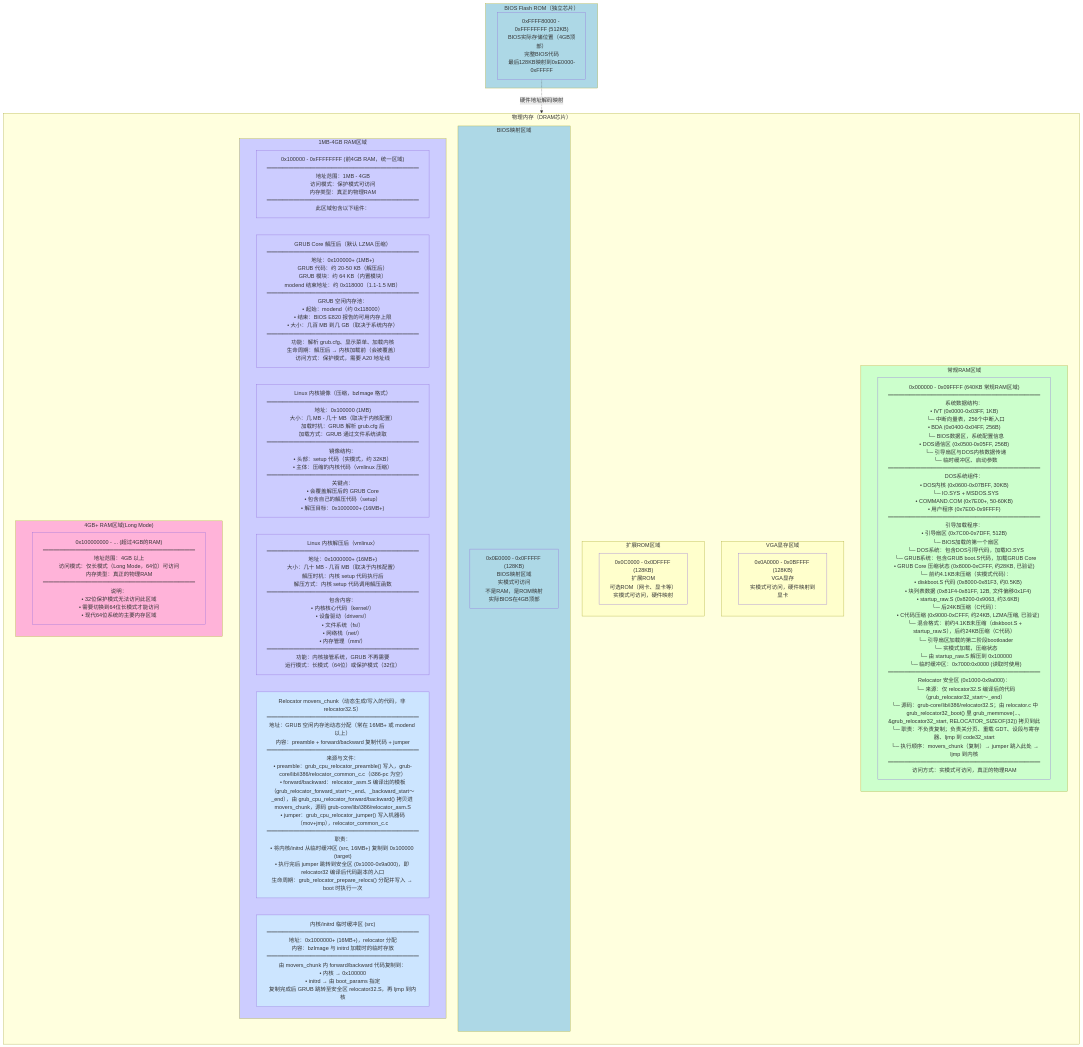
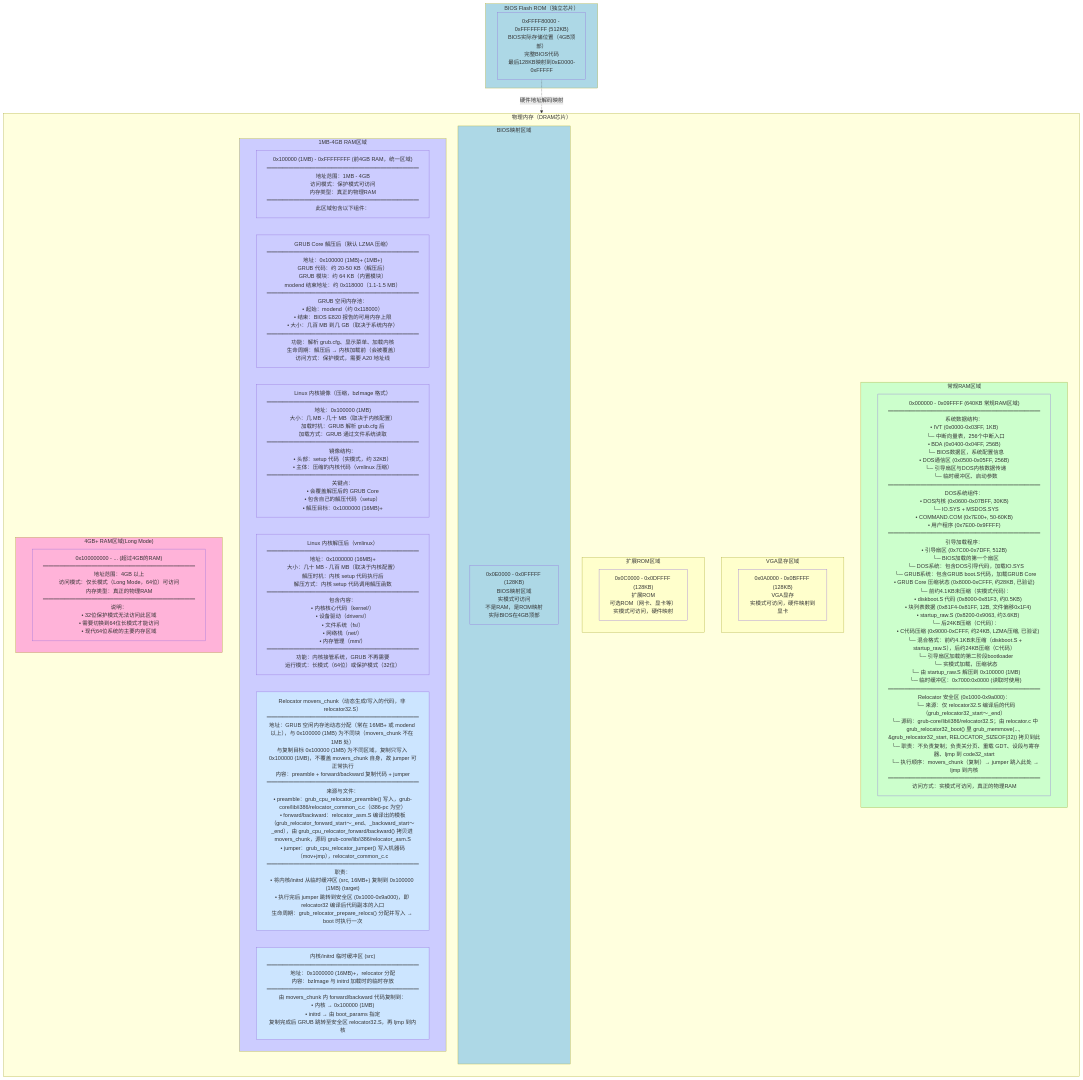
One commit to liweinan/bootimage-example changed the diagram in BIOS_MEMORY_LAYOUT.md. Above: the diagram before and after it, drawn with Mermaid. The commit also changed other lines of this file and 2 other files, not shown here.

First line of the commit message:
docs: relocator 文档澄清 movers_chunk 与 0x100000 为不同区域

````diff
--- a/BIOS_MEMORY_LAYOUT.md
+++ b/BIOS_MEMORY_LAYOUT.md
@@ -287,61 +287,61 @@
    ```mermaid
    flowchart TB
        subgraph DRAM["物理内存（DRAM芯片）"]
            direction TB
            
            subgraph Low640KB["常规RAM区域"]
-               LowRAM["0x000000 - 0x09FFFF (640KB 常规RAM区域)<br/>━━━━━━━━━━━━━━━━━━━━━━━━━━━━<br/>系统数据结构：<br/>• IVT (0x0000-0x03FF, 1KB)<br/>  └─ 中断向量表，256个中断入口<br/>• BDA (0x0400-0x04FF, 256B)<br/>  └─ BIOS数据区，系统配置信息<br/>• DOS通信区 (0x0500-0x05FF, 256B)<br/>  └─ 引导扇区与DOS内核数据传递<br/>  └─ 临时缓冲区、启动参数<br/>━━━━━━━━━━━━━━━━━━━━━━━━━━━━<br/>DOS系统组件：<br/>• DOS内核 (0x0600-0x07BFF, 30KB)<br/>  └─ IO.SYS + MSDOS.SYS<br/>• COMMAND.COM (0x7E00+, 50-60KB)<br/>• 用户程序 (0x7E00-0x9FFFF)<br/>━━━━━━━━━━━━━━━━━━━━━━━━━━━━<br/>引导加载程序：<br/>• 引导扇区 (0x7C00-0x7DFF, 512B)<br/>  └─ BIOS加载的第一个扇区<br/>  └─ DOS系统：包含DOS引导代码，加载IO.SYS<br/>  └─ GRUB系统：包含GRUB boot.S代码，加载GRUB Core<br/>• GRUB Core 压缩状态 (0x8000-0xCFFF, 约28KB, 已验证)<br/>  └─ 前约4.1KB未压缩（实模式代码）：<br/>     • diskboot.S 代码 (0x8000-0x81F3, 约0.5KB)<br/>     • 块列表数据 (0x81F4-0x81FF, 12B, 文件偏移0x1F4)<br/>     • startup_raw.S (0x8200-0x9063, 约3.6KB)<br/>  └─ 后24KB压缩（C代码）：<br/>     • C代码压缩 (0x9000-0xCFFF, 约24KB, LZMA压缩, 已验证)<br/>  └─ 混合格式：前约4.1KB未压缩（diskboot.S + startup_raw.S），后约24KB压缩（C代码）<br/>  └─ 引导扇区加载的第二阶段bootloader<br/>  └─ 实模式加载，压缩状态<br/>  └─ 由 startup_raw.S 解压到 0x100000<br/>  └─ 临时缓冲区：0x7000:0x0000 (读取时使用)<br/>━━━━━━━━━━━━━━━━━━━━━━━━━━━━<br/>Relocator 安全区 (0x1000-0x9a000)：<br/>  └─ 来源：仅 relocator32.S 编译后的代码（grub_relocator32_start～_end）<br/>  └─ 源码：grub-core/lib/i386/relocator32.S；由 relocator.c 中 grub_relocator32_boot() 里 grub_memmove(..., &grub_relocator32_start, RELOCATOR_SIZEOF(32)) 拷贝到此<br/>  └─ 职责：不负责复制；负责关分页、重载 GDT、设段与寄存器、ljmp 到 code32_start<br/>  └─ 执行顺序：movers_chunk（复制）→ jumper 跳入此处 → ljmp 到内核<br/>━━━━━━━━━━━━━━━━━━━━━━━━━━━━<br/>访问方式：实模式可访问，真正的物理RAM"]
+               LowRAM["0x000000 - 0x09FFFF (640KB 常规RAM区域)<br/>━━━━━━━━━━━━━━━━━━━━━━━━━━━━<br/>系统数据结构：<br/>• IVT (0x0000-0x03FF, 1KB)<br/>  └─ 中断向量表，256个中断入口<br/>• BDA (0x0400-0x04FF, 256B)<br/>  └─ BIOS数据区，系统配置信息<br/>• DOS通信区 (0x0500-0x05FF, 256B)<br/>  └─ 引导扇区与DOS内核数据传递<br/>  └─ 临时缓冲区、启动参数<br/>━━━━━━━━━━━━━━━━━━━━━━━━━━━━<br/>DOS系统组件：<br/>• DOS内核 (0x0600-0x07BFF, 30KB)<br/>  └─ IO.SYS + MSDOS.SYS<br/>• COMMAND.COM (0x7E00+, 50-60KB)<br/>• 用户程序 (0x7E00-0x9FFFF)<br/>━━━━━━━━━━━━━━━━━━━━━━━━━━━━<br/>引导加载程序：<br/>• 引导扇区 (0x7C00-0x7DFF, 512B)<br/>  └─ BIOS加载的第一个扇区<br/>  └─ DOS系统：包含DOS引导代码，加载IO.SYS<br/>  └─ GRUB系统：包含GRUB boot.S代码，加载GRUB Core<br/>• GRUB Core 压缩状态 (0x8000-0xCFFF, 约28KB, 已验证)<br/>  └─ 前约4.1KB未压缩（实模式代码）：<br/>     • diskboot.S 代码 (0x8000-0x81F3, 约0.5KB)<br/>     • 块列表数据 (0x81F4-0x81FF, 12B, 文件偏移0x1F4)<br/>     • startup_raw.S (0x8200-0x9063, 约3.6KB)<br/>  └─ 后24KB压缩（C代码）：<br/>     • C代码压缩 (0x9000-0xCFFF, 约24KB, LZMA压缩, 已验证)<br/>  └─ 混合格式：前约4.1KB未压缩（diskboot.S + startup_raw.S），后约24KB压缩（C代码）<br/>  └─ 引导扇区加载的第二阶段bootloader<br/>  └─ 实模式加载，压缩状态<br/>  └─ 由 startup_raw.S 解压到 0x100000 (1MB)<br/>  └─ 临时缓冲区：0x7000:0x0000 (读取时使用)<br/>━━━━━━━━━━━━━━━━━━━━━━━━━━━━<br/>Relocator 安全区 (0x1000-0x9a000)：<br/>  └─ 来源：仅 relocator32.S 编译后的代码（grub_relocator32_start～_end）<br/>  └─ 源码：grub-core/lib/i386/relocator32.S；由 relocator.c 中 grub_relocator32_boot() 里 grub_memmove(..., &grub_relocator32_start, RELOCATOR_SIZEOF(32)) 拷贝到此<br/>  └─ 职责：不负责复制；负责关分页、重载 GDT、设段与寄存器、ljmp 到 code32_start<br/>  └─ 执行顺序：movers_chunk（复制）→ jumper 跳入此处 → ljmp 到内核<br/>━━━━━━━━━━━━━━━━━━━━━━━━━━━━<br/>访问方式：实模式可访问，真正的物理RAM"]
            end
            
            subgraph VGARAM["VGA显存区域"]
                VGAMem["0x0A0000 - 0x0BFFFF (128KB)<br/>VGA显存<br/>实模式可访问，硬件映射到显卡"]
            end
            
            subgraph ExtROM["扩展ROM区域"]
                OptionROM["0x0C0000 - 0x0DFFFF (128KB)<br/>扩展ROM<br/>可选ROM（网卡、显卡等）<br/>实模式可访问，硬件映射"]
            end
            
            subgraph BIOSMap["BIOS映射区域"]
                BIOSMapped["0x0E0000 - 0x0FFFFF (128KB)<br/>BIOS映射区域<br/>实模式可访问<br/>不是RAM，是ROM映射<br/>实际BIOS在4GB顶部"]
            end
            
            subgraph Above1MB["1MB-4GB RAM区域"]
-               RAM4GB["0x100000 - 0xFFFFFFFF (前4GB RAM，统一区域)<br/>━━━━━━━━━━━━━━━━━━━━━━━━━━━━<br/>地址范围：1MB - 4GB<br/>访问模式：保护模式可访问<br/>内存类型：真正的物理RAM<br/>━━━━━━━━━━━━━━━━━━━━━━━━━━━━<br/>此区域包含以下组件："]
-               GRUBDecomp["GRUB Core 解压后（默认 LZMA 压缩）<br/>━━━━━━━━━━━━━━━━━━━━━━━━━━━━<br/>地址：0x100000+ (1MB+)<br/>GRUB 代码：约 20-50 KB（解压后）<br/>GRUB 模块：约 64 KB（内置模块）<br/>modend 结束地址：约 0x118000（1.1-1.5 MB）<br/>━━━━━━━━━━━━━━━━━━━━━━━━━━━━<br/>GRUB 空闲内存池：<br/>• 起始：modend（约 0x118000）<br/>• 结束：BIOS E820 报告的可用内存上限<br/>• 大小：几百 MB 到几 GB（取决于系统内存）<br/>━━━━━━━━━━━━━━━━━━━━━━━━━━━━<br/>功能：解析 grub.cfg、显示菜单、加载内核<br/>生命周期：解压后 → 内核加载前（会被覆盖）<br/>访问方式：保护模式，需要 A20 地址线"]
-               KernelLoad["Linux 内核镜像（压缩，bzImage 格式）<br/>━━━━━━━━━━━━━━━━━━━━━━━━━━━━<br/>地址：0x100000 (1MB)<br/>大小：几 MB - 几十 MB（取决于内核配置）<br/>加载时机：GRUB 解析 grub.cfg 后<br/>加载方式：GRUB 通过文件系统读取<br/>━━━━━━━━━━━━━━━━━━━━━━━━━━━━<br/>镜像结构：<br/>• 头部：setup 代码（实模式，约 32KB）<br/>• 主体：压缩的内核代码（vmlinux 压缩）<br/>━━━━━━━━━━━━━━━━━━━━━━━━━━━━<br/>关键点：<br/>• 会覆盖解压后的 GRUB Core<br/>• 包含自己的解压代码（setup）<br/>• 解压目标：0x1000000+ (16MB+)"]
-               KernelDecomp["Linux 内核解压后（vmlinux）<br/>━━━━━━━━━━━━━━━━━━━━━━━━━━━━<br/>地址：0x1000000+ (16MB+)<br/>大小：几十 MB - 几百 MB（取决于内核配置）<br/>解压时机：内核 setup 代码执行后<br/>解压方式：内核 setup 代码调用解压函数<br/>━━━━━━━━━━━━━━━━━━━━━━━━━━━━<br/>包含内容：<br/>• 内核核心代码（kernel/）<br/>• 设备驱动（drivers/）<br/>• 文件系统（fs/）<br/>• 网络栈（net/）<br/>• 内存管理（mm/）<br/>━━━━━━━━━━━━━━━━━━━━━━━━━━━━<br/>功能：内核接管系统，GRUB 不再需要<br/>运行模式：长模式（64位）或保护模式（32位）"]
-               RelocatorMovers["Relocator movers_chunk（动态生成/写入的代码，非 relocator32.S）<br/>━━━━━━━━━━━━━━━━━━━━━━━━━━━━<br/>地址：GRUB 空闲内存池动态分配（常在 16MB+ 或 modend 以上）<br/>内容：preamble + forward/backward 复制代码 + jumper<br/>━━━━━━━━━━━━━━━━━━━━━━━━━━━━<br/>来源与文件：<br/>• preamble：grub_cpu_relocator_preamble() 写入，grub-core/lib/i386/relocator_common_c.c（i386-pc 为空）<br/>• forward/backward：relocator_asm.S 编译出的模板（grub_relocator_forward_start～_end、_backward_start～_end），由 grub_cpu_relocator_forward/backward() 拷贝进 movers_chunk，源码 grub-core/lib/i386/relocator_asm.S<br/>• jumper：grub_cpu_relocator_jumper() 写入机器码（mov+jmp），relocator_common_c.c<br/>━━━━━━━━━━━━━━━━━━━━━━━━━━━━<br/>职责：<br/>• 将内核/initrd 从临时缓冲区 (src, 16MB+) 复制到 0x100000 (target)<br/>• 执行完后 jumper 跳转到安全区 (0x1000-0x9a000)，即 relocator32 编译后代码副本的入口<br/>生命周期：grub_relocator_prepare_relocs() 分配并写入 → boot 时执行一次"]
-               KernelTempBuf["内核/initrd 临时缓冲区 (src)<br/>━━━━━━━━━━━━━━━━━━━━━━━━━━━━<br/>地址：0x1000000+ (16MB+)，relocator 分配<br/>内容：bzImage 与 initrd 加载时的临时存放<br/>━━━━━━━━━━━━━━━━━━━━━━━━━━━━<br/>由 movers_chunk 内 forward/backward 代码复制到：<br/>• 内核 → 0x100000<br/>• initrd → 由 boot_params 指定<br/>复制完成后 GRUB 跳转至安全区 relocator32.S，再 ljmp 到内核"]
+               RAM4GB["0x100000 (1MB) - 0xFFFFFFFF (前4GB RAM，统一区域)<br/>━━━━━━━━━━━━━━━━━━━━━━━━━━━━<br/>地址范围：1MB - 4GB<br/>访问模式：保护模式可访问<br/>内存类型：真正的物理RAM<br/>━━━━━━━━━━━━━━━━━━━━━━━━━━━━<br/>此区域包含以下组件："]
+               GRUBDecomp["GRUB Core 解压后（默认 LZMA 压缩）<br/>━━━━━━━━━━━━━━━━━━━━━━━━━━━━<br/>地址：0x100000 (1MB)+ (1MB+)<br/>GRUB 代码：约 20-50 KB（解压后）<br/>GRUB 模块：约 64 KB（内置模块）<br/>modend 结束地址：约 0x118000（1.1-1.5 MB）<br/>━━━━━━━━━━━━━━━━━━━━━━━━━━━━<br/>GRUB 空闲内存池：<br/>• 起始：modend（约 0x118000）<br/>• 结束：BIOS E820 报告的可用内存上限<br/>• 大小：几百 MB 到几 GB（取决于系统内存）<br/>━━━━━━━━━━━━━━━━━━━━━━━━━━━━<br/>功能：解析 grub.cfg、显示菜单、加载内核<br/>生命周期：解压后 → 内核加载前（会被覆盖）<br/>访问方式：保护模式，需要 A20 地址线"]
+               KernelLoad["Linux 内核镜像（压缩，bzImage 格式）<br/>━━━━━━━━━━━━━━━━━━━━━━━━━━━━<br/>地址：0x100000 (1MB)<br/>大小：几 MB - 几十 MB（取决于内核配置）<br/>加载时机：GRUB 解析 grub.cfg 后<br/>加载方式：GRUB 通过文件系统读取<br/>━━━━━━━━━━━━━━━━━━━━━━━━━━━━<br/>镜像结构：<br/>• 头部：setup 代码（实模式，约 32KB）<br/>• 主体：压缩的内核代码（vmlinux 压缩）<br/>━━━━━━━━━━━━━━━━━━━━━━━━━━━━<br/>关键点：<br/>• 会覆盖解压后的 GRUB Core<br/>• 包含自己的解压代码（setup）<br/>• 解压目标：0x1000000 (16MB)+"]
+               KernelDecomp["Linux 内核解压后（vmlinux）<br/>━━━━━━━━━━━━━━━━━━━━━━━━━━━━<br/>地址：0x1000000 (16MB)+<br/>大小：几十 MB - 几百 MB（取决于内核配置）<br/>解压时机：内核 setup 代码执行后<br/>解压方式：内核 setup 代码调用解压函数<br/>━━━━━━━━━━━━━━━━━━━━━━━━━━━━<br/>包含内容：<br/>• 内核核心代码（kernel/）<br/>• 设备驱动（drivers/）<br/>• 文件系统（fs/）<br/>• 网络栈（net/）<br/>• 内存管理（mm/）<br/>━━━━━━━━━━━━━━━━━━━━━━━━━━━━<br/>功能：内核接管系统，GRUB 不再需要<br/>运行模式：长模式（64位）或保护模式（32位）"]
+               RelocatorMovers["Relocator movers_chunk（动态生成/写入的代码，非 relocator32.S）<br/>━━━━━━━━━━━━━━━━━━━━━━━━━━━━<br/>地址：GRUB 空闲内存池动态分配（常在 16MB+ 或 modend 以上），与 0x100000 (1MB) 为不同块（movers_chunk 不在 1MB 处）<br/>与复制目标 0x100000 (1MB) 为不同区域，复制只写入 0x100000 (1MB)，不覆盖 movers_chunk 自身，故 jumper 可正常执行<br/>内容：preamble + forward/backward 复制代码 + jumper<br/>━━━━━━━━━━━━━━━━━━━━━━━━━━━━<br/>来源与文件：<br/>• preamble：grub_cpu_relocator_preamble() 写入，grub-core/lib/i386/relocator_common_c.c（i386-pc 为空）<br/>• forward/backward：relocator_asm.S 编译出的模板（grub_relocator_forward_start～_end、_backward_start～_end），由 grub_cpu_relocator_forward/backward() 拷贝进 movers_chunk，源码 grub-core/lib/i386/relocator_asm.S<br/>• jumper：grub_cpu_relocator_jumper() 写入机器码（mov+jmp），relocator_common_c.c<br/>━━━━━━━━━━━━━━━━━━━━━━━━━━━━<br/>职责：<br/>• 将内核/initrd 从临时缓冲区 (src, 16MB+) 复制到 0x100000 (1MB) (target)<br/>• 执行完后 jumper 跳转到安全区 (0x1000-0x9a000)，即 relocator32 编译后代码副本的入口<br/>生命周期：grub_relocator_prepare_relocs() 分配并写入 → boot 时执行一次"]
+               KernelTempBuf["内核/initrd 临时缓冲区 (src)<br/>━━━━━━━━━━━━━━━━━━━━━━━━━━━━<br/>地址：0x1000000 (16MB)+，relocator 分配<br/>内容：bzImage 与 initrd 加载时的临时存放<br/>━━━━━━━━━━━━━━━━━━━━━━━━━━━━<br/>由 movers_chunk 内 forward/backward 代码复制到：<br/>• 内核 → 0x100000 (1MB)<br/>• initrd → 由 boot_params 指定<br/>复制完成后 GRUB 跳转至安全区 relocator32.S，再 ljmp 到内核"]
            end
            
            subgraph Above4GB["4GB+ RAM区域(Long Mode)"]
                RAM8GB["0x100000000 - ... (超过4GB的RAM)<br/>━━━━━━━━━━━━━━━━━━━━━━━━━━━━<br/>地址范围：4GB 以上<br/>访问模式：仅长模式（Long Mode，64位）可访问<br/>内存类型：真正的物理RAM<br/>━━━━━━━━━━━━━━━━━━━━━━━━━━━━<br/>说明：<br/>• 32位保护模式无法访问此区域<br/>• 需要切换到64位长模式才能访问<br/>• 现代64位系统的主要内存区域"]
            end
        end
        
        subgraph BIOSROM["BIOS Flash ROM（独立芯片）"]
            BIOSFull["0xFFFF80000 - 0xFFFFFFFF (512KB)<br/>BIOS实际存储位置（4GB顶部）<br/>完整BIOS代码<br/>最后128KB映射到0xE0000-0xFFFFF"]
        end
        
        BIOSFull -.->|"硬件地址解码映射"| BIOSMapped
        
        style Low640KB fill:#ccffcc
        style LowRAM fill:#ccffcc
        style VGARAM fill:#ffffcc
        style VGAMem fill:#ffffcc
        style ExtROM fill:#ffffcc
        style OptionROM fill:#ffffcc
        style BIOSMap fill:#add8e6
        style BIOSMapped fill:#add8e6
        style Above1MB fill:#ccccff
        style RAM4GB fill:#ccccff
        style GRUBDecomp fill:#ccccff
        style KernelLoad fill:#ccccff
        style KernelDecomp fill:#ccccff
        style RelocatorMovers fill:#cce5ff
        style KernelTempBuf fill:#cce5ff
        style Above4GB fill:#ffb3d9
        style RAM8GB fill:#ffb3d9
        style BIOSROM fill:#add8e6
        style BIOSFull fill:#add8e6
    ```
````
